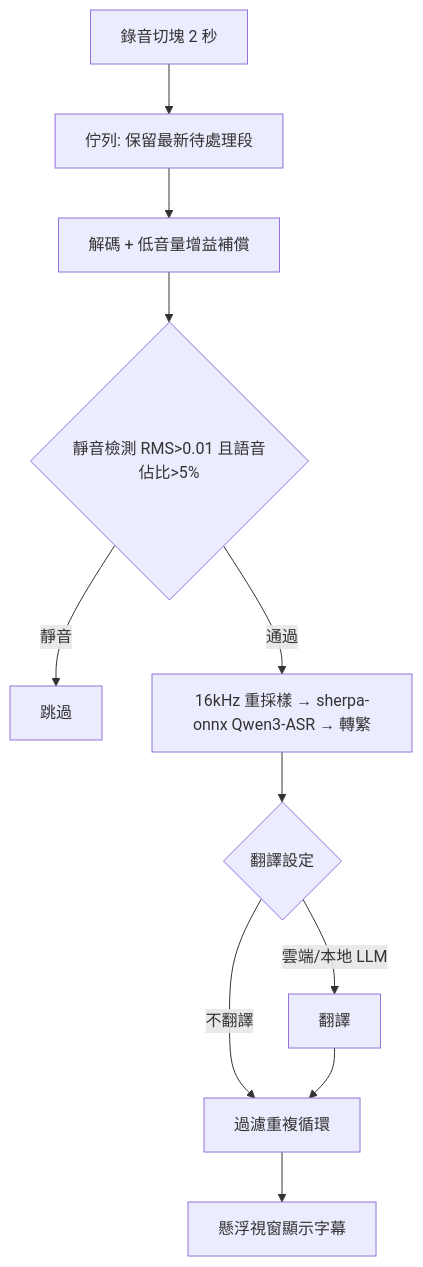
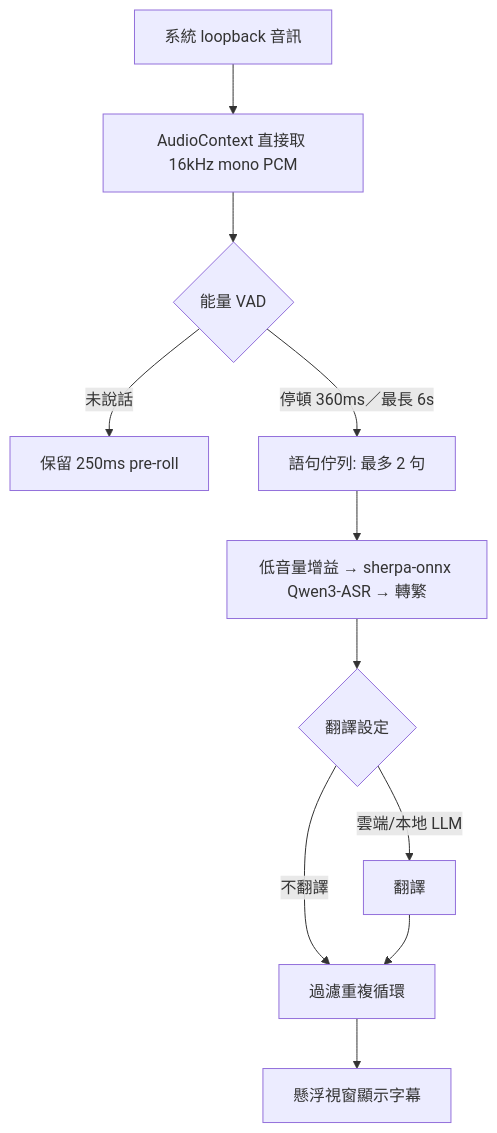
The diagram in README.md (RX5950XT/VoiceInk), drawn with Mermaid before and after one commit. The commit also changed other lines of this file and 46 other files, not shown here.

````diff
--- a/README.md
+++ b/README.md
@@ -67,13 +137,13 @@
 ```mermaid
 graph TD
-    A[錄音切塊 2 秒] --> Q[佇列: 保留最新待處理段]
-    Q --> B[解碼 + 低音量增益補償]
-    B --> C{靜音檢測 RMS>0.01 且語音佔比>5%}
-    C -- 靜音 --> X[跳過]
-    C -- 通過 --> E[16kHz 重採樣 → sherpa-onnx Qwen3-ASR → 轉繁]
+    A[系統 loopback 音訊] --> B[AudioContext 直接取 16kHz mono PCM]
+    B --> C{能量 VAD}
+    C -- 未說話 --> X[保留 250ms pre-roll]
+    C -- 停頓 360ms／最長 6s --> Q[語句佇列: 最多 2 句]
+    Q --> E[低音量增益 → sherpa-onnx Qwen3-ASR → 轉繁]
     E --> T{翻譯設定}
     T -- 雲端/本地 LLM --> F[翻譯]
     T -- 不翻譯 --> G
     F --> G[過濾重複循環]
     G --> J[懸浮視窗顯示字幕]
 ```
````
